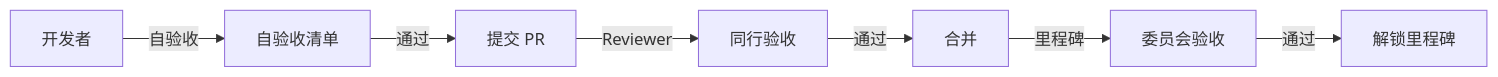
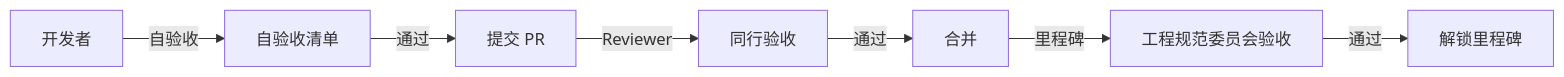
Before and after one commit to openairymax/docs: the third of 3 diagrams in AirymaxOS/130-roadmap/06-acceptance-criteria.md, drawn with Mermaid. The commit also changed other lines of this file and 239 other files, not shown here.

````diff
--- a/AirymaxOS/130-roadmap/06-acceptance-criteria.md
+++ b/AirymaxOS/130-roadmap/06-acceptance-criteria.md
@@ -369,9 +369,9 @@
 ```mermaid
 graph LR
     Dev[开发者] -->|自验收| Self[自验收清单]
     Self -->|通过| PR[提交 PR]
     PR -->|Reviewer| Peer[同行验收]
     Peer -->|通过| Merge[合并]
-    Merge -->|里程碑| Comm[委员会验收]
+    Merge -->|里程碑| Comm[工程规范委员会验收]
     Comm -->|通过| Mile[解锁里程碑]
 ```
````
